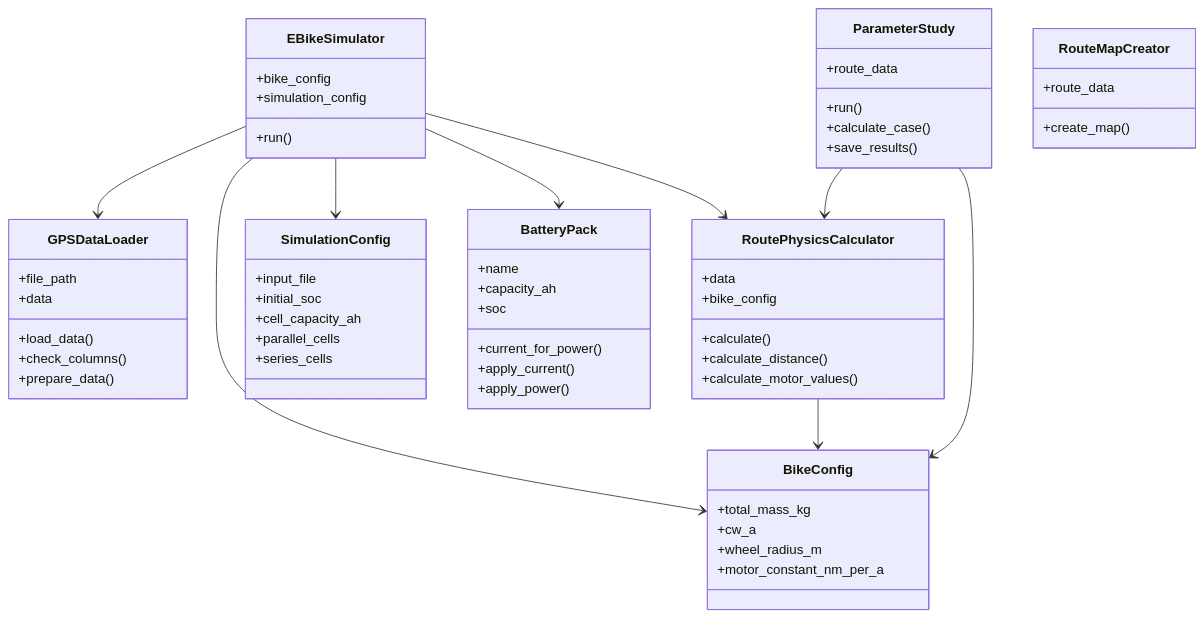
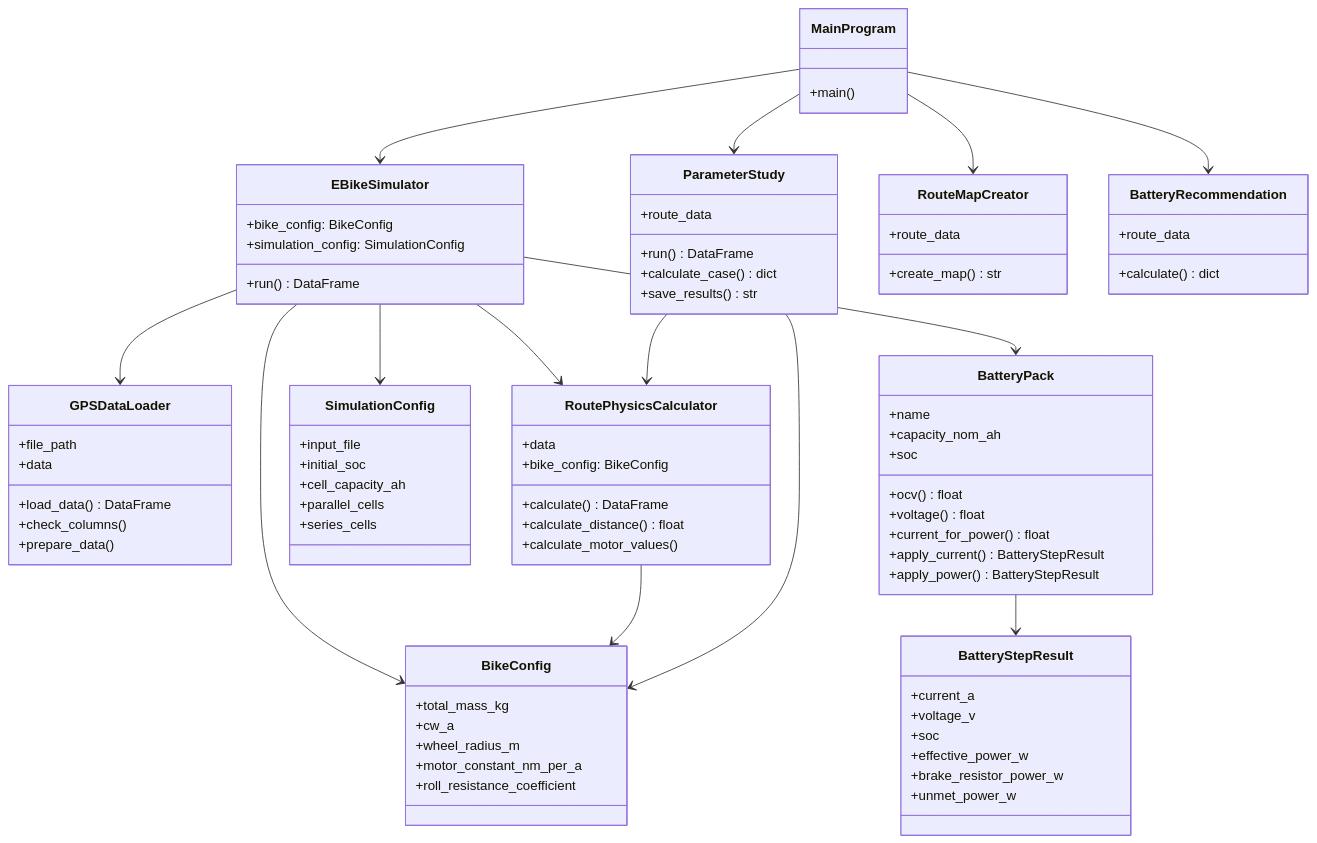
One commit to bruggerlukas/Abschlussprojekt-Brugger-Tiefenthaler changed the second of 2 diagrams in README.md. Above: the diagram before and after it, drawn with Mermaid. The commit also changed other lines of this file, not shown here.

````diff
--- a/README.md
+++ b/README.md
@@ -257,24 +405,28 @@
 ```mermaid
 classDiagram
+    class MainProgram {
+        +main()
+    }
+
     class EBikeSimulator {
-        +bike_config
-        +simulation_config
-        +run()
+        +bike_config: BikeConfig
+        +simulation_config: SimulationConfig
+        +run() DataFrame
     }
 
     class GPSDataLoader {
         +file_path
         +data
-        +load_data()
+        +load_data() DataFrame
         +check_columns()
         +prepare_data()
     }
 
     class RoutePhysicsCalculator {
         +data
-        +bike_config
-        +calculate()
-        +calculate_distance()
+        +bike_config: BikeConfig
+        +calculate() DataFrame
+        +calculate_distance() float
         +calculate_motor_values()
     }
 
@@ -283,6 +435,7 @@
         +cw_a
         +wheel_radius_m
         +motor_constant_nm_per_a
+        +roll_resistance_coefficient
     }
 
     class SimulationConfig {
@@ -295,31 +448,52 @@
 
     class BatteryPack {
         +name
-        +capacity_ah
+        +capacity_nom_ah
         +soc
-        +current_for_power()
-        +apply_current()
-        +apply_power()
+        +ocv() float
+        +voltage() float
+        +current_for_power() float
+        +apply_current() BatteryStepResult
+        +apply_power() BatteryStepResult
+    }
+
+    class BatteryStepResult {
+        +current_a
+        +voltage_v
+        +soc
+        +effective_power_w
+        +brake_resistor_power_w
+        +unmet_power_w
     }
 
     class ParameterStudy {
         +route_data
-        +run()
-        +calculate_case()
-        +save_results()
+        +run() DataFrame
+        +calculate_case() dict
+        +save_results() str
     }
 
     class RouteMapCreator {
         +route_data
-        +create_map()
+        +create_map() str
     }
 
+    class BatteryRecommendation {
+        +route_data
+        +calculate() dict
+    }
+
+    MainProgram --> EBikeSimulator
+    MainProgram --> ParameterStudy
+    MainProgram --> RouteMapCreator
+    MainProgram --> BatteryRecommendation
     EBikeSimulator --> GPSDataLoader
     EBikeSimulator --> RoutePhysicsCalculator
     EBikeSimulator --> BatteryPack
     EBikeSimulator --> BikeConfig
     EBikeSimulator --> SimulationConfig
     RoutePhysicsCalculator --> BikeConfig
+    BatteryPack --> BatteryStepResult
     ParameterStudy --> RoutePhysicsCalculator
     ParameterStudy --> BikeConfig
 ```
````
